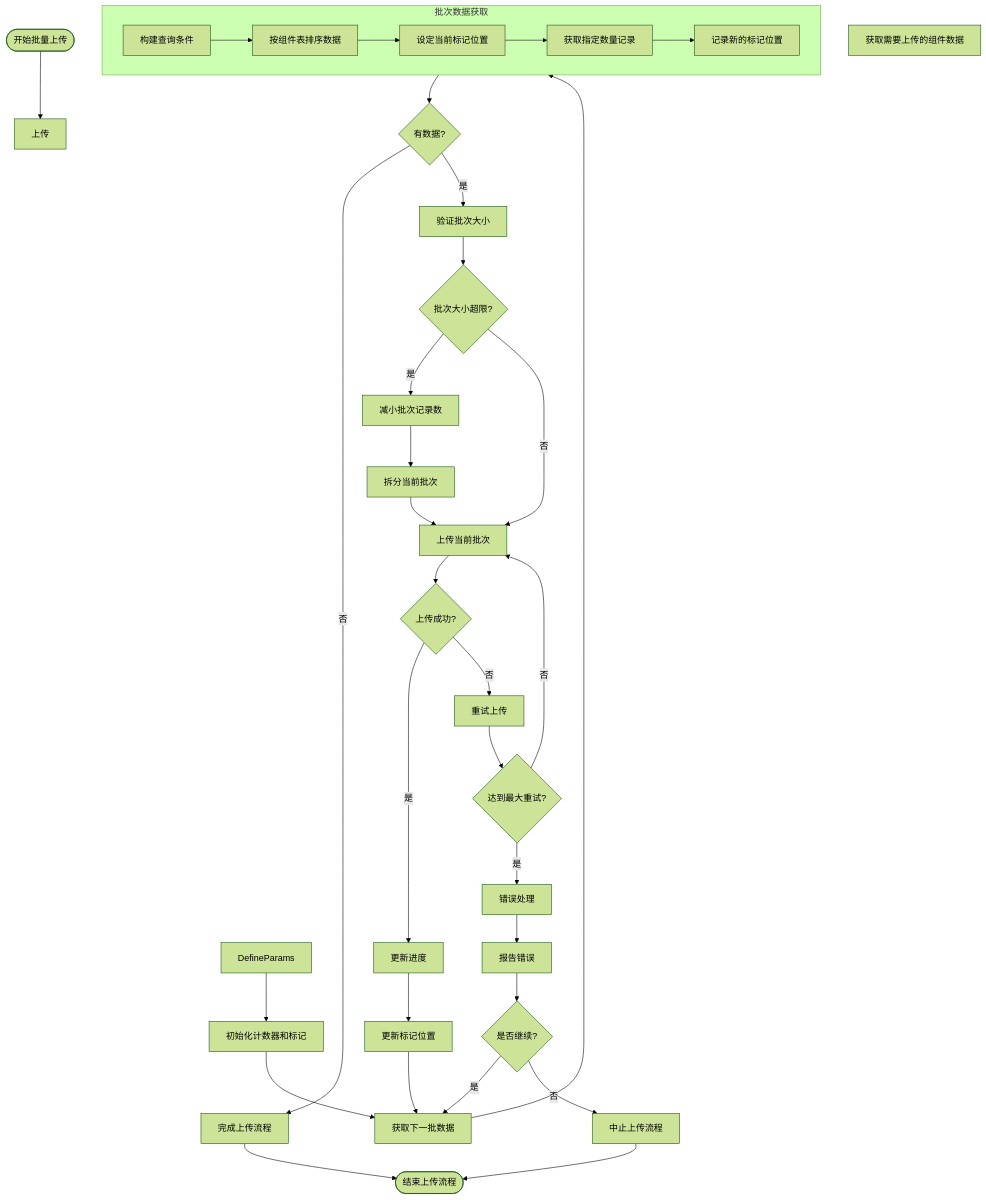
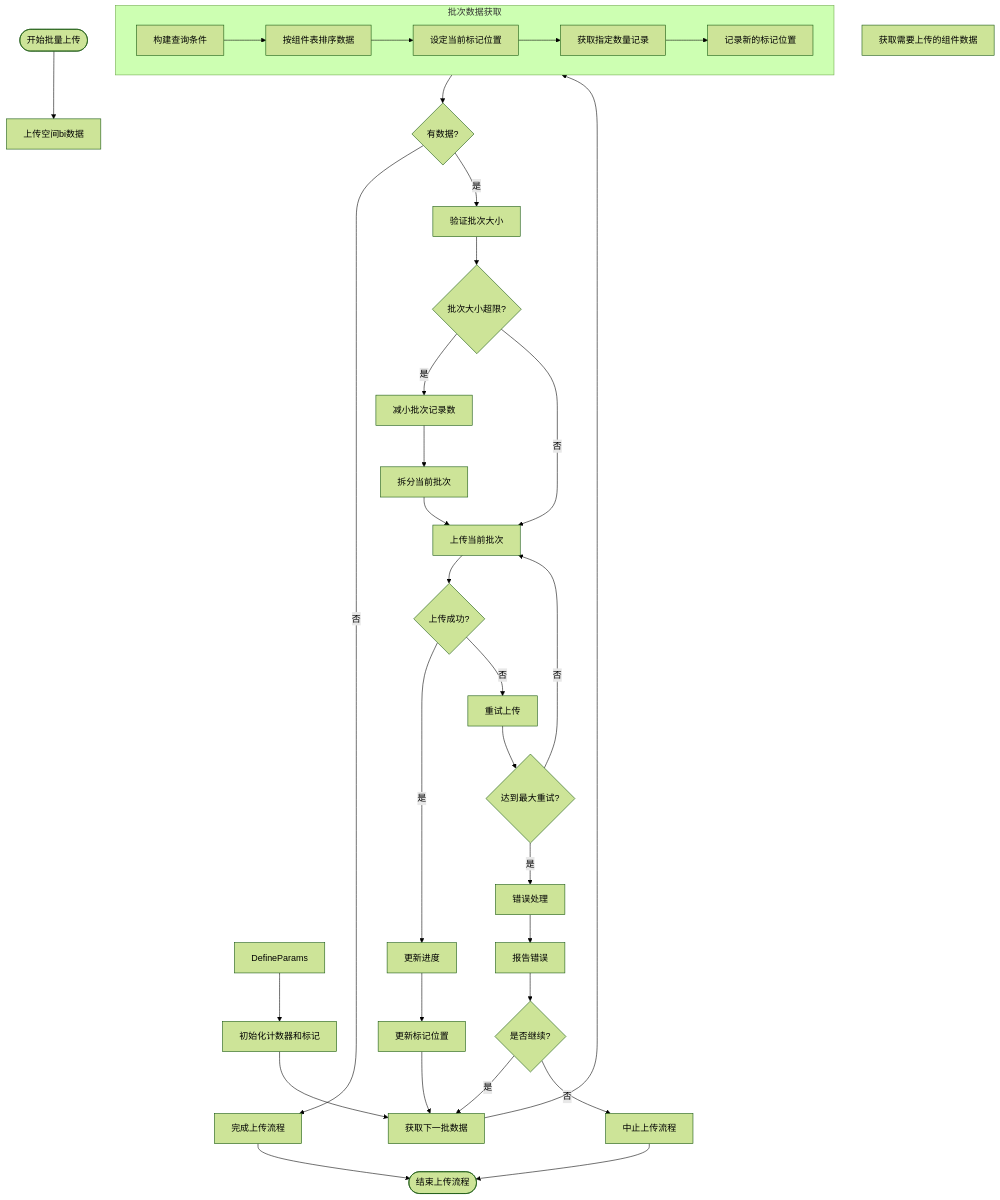
The diagram in all/未命名-51.md (yingjianzh/iodraw-files), drawn with Mermaid (forest theme) before and after one commit.

Commit message:
2025-05-08 17:22:37 update

````diff
--- a/all/未命名-51.md
+++ b/all/未命名-51.md
@@ -1,48 +1,48 @@
 ```mermaid
 flowchart TD
-    Start([开始批量上传]) --> UploadSpaceData[上传]
+    Start([开始批量上传]) --> UploadSpaceData[上传空间bi数据]
     
     UploadData[获取需要上传的组件数据]
     DefineParams --> InitCounters[初始化计数器和标记]
     
     InitCounters --> FetchNextBatch[获取下一批数据]
     
     subgraph BatchFetch [批次数据获取]
         A[构建查询条件] --> B[按组件表排序数据]
         B --> C[设定当前标记位置]
         C --> D[获取指定数量记录]
         D --> E[记录新的标记位置]
     end
     
     FetchNextBatch --> BatchFetch
     
     BatchFetch --> CheckResults{有数据?}
     CheckResults -->|否| CompleteUpload[完成上传流程]
     CheckResults -->|是| ValidateBatch[验证批次大小]
     
     ValidateBatch --> SizeTooLarge{批次大小超限?}
     SizeTooLarge -->|是| AdjustBatchSize[减小批次记录数]
     SizeTooLarge -->|否| UploadBatch[上传当前批次]
     
     AdjustBatchSize --> SplitBatch[拆分当前批次]
     SplitBatch --> UploadBatch
     
     UploadBatch --> UploadSuccess{上传成功?}
     UploadSuccess -->|是| UpdateProgress[更新进度]
     UploadSuccess -->|否| RetryUpload[重试上传]
     
     RetryUpload --> MaxRetries{达到最大重试?}
     MaxRetries -->|否| UploadBatch
     MaxRetries -->|是| ErrorHandling[错误处理]
     
     ErrorHandling --> ReportError[报告错误]
     ReportError --> ContinueOption{是否继续?}
     ContinueOption -->|是| FetchNextBatch
     ContinueOption -->|否| AbortProcess[中止上传流程]
     
     UpdateProgress --> UpdateMarker[更新标记位置]
     UpdateMarker --> FetchNextBatch
     
     CompleteUpload --> End([结束上传流程])
     AbortProcess --> End
 ```
````
